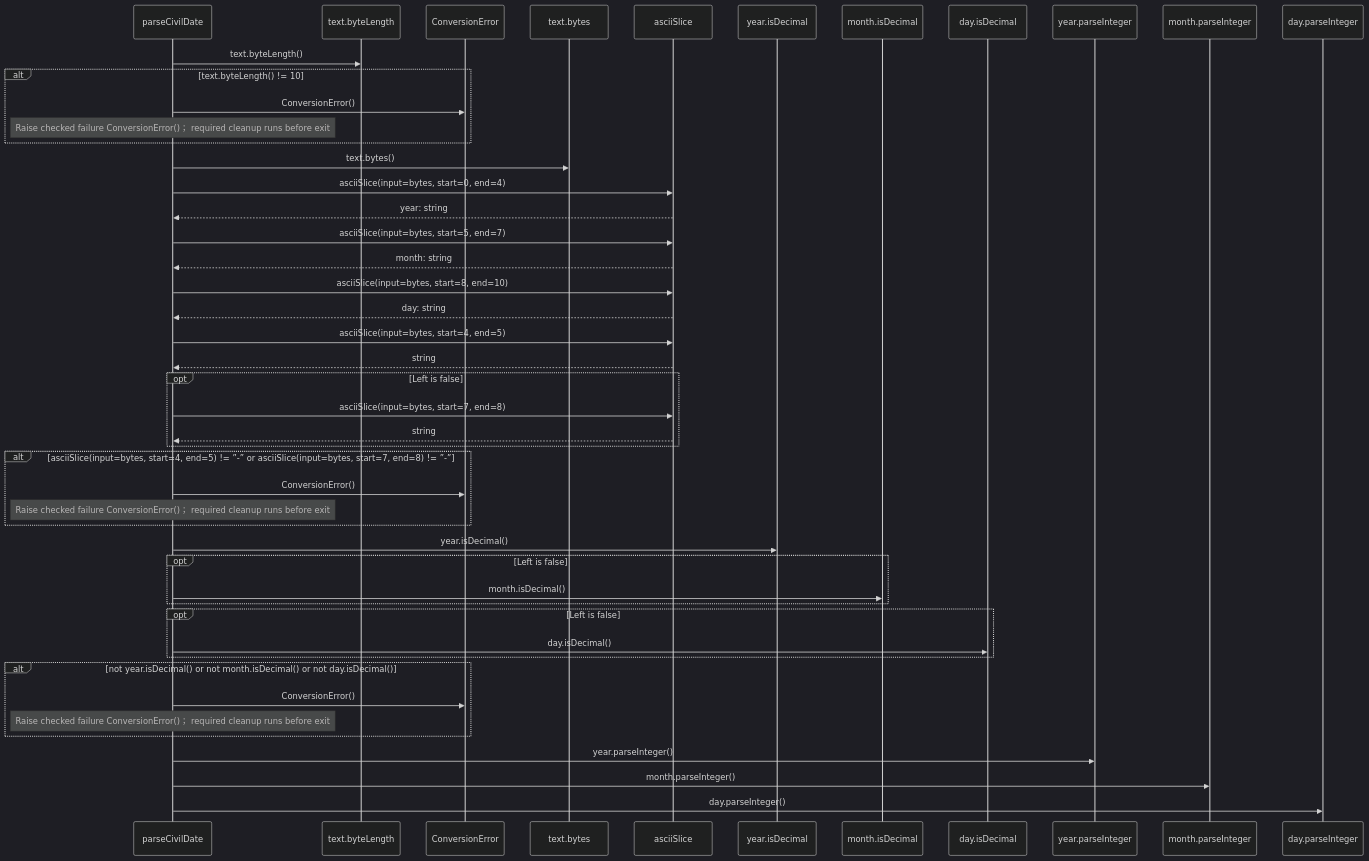
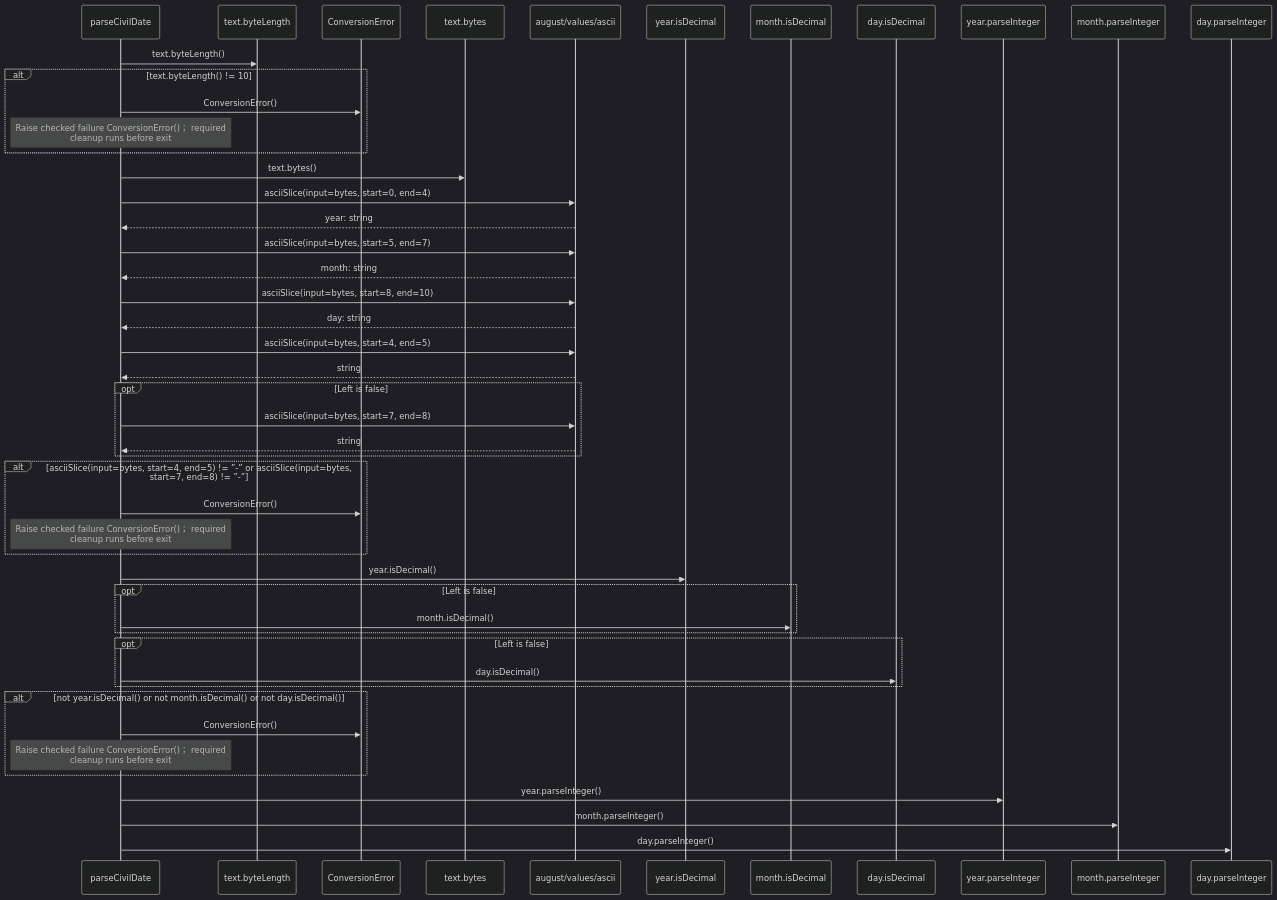
Before and after one commit to GreenPandaStudios/augscript: the fifth of 9 diagrams in src/stdlib/values/dates.aug.diagrams.md, drawn with Mermaid (dark theme). The commit also changed other lines of this file and 200 other files, not shown here.

Commit message:
Group imported operations and wrap readable sequence messages

````diff
--- a/src/stdlib/values/dates.aug.diagrams.md
+++ b/src/stdlib/values/dates.aug.diagrams.md
@@ -111,50 +95,50 @@
 ```mermaid
 sequenceDiagram
     participant p0 as parseCivilDate
     participant p1 as text.byteLength
     participant p2 as ConversionError
     participant p3 as text.bytes
-    participant p4 as asciiSlice
+    participant p4 as august/values/ascii
     participant p5 as year.isDecimal
     participant p6 as month.isDecimal
     participant p7 as day.isDecimal
     participant p8 as year.parseInteger
     participant p9 as month.parseInteger
     participant p10 as day.parseInteger
     p0->>p1: text.byteLength()
     alt text.byteLength() != 10
     p0->>p2: ConversionError()
-    Note over p0: Raise checked failure ConversionError()； required cleanup runs before exit
+    Note over p0: Raise checked failure ConversionError()； required<br/>cleanup runs before exit
     end
     p0->>p3: text.bytes()
     p0->>p4: asciiSlice(input=bytes, start=0, end=4)
     p4-->>p0: year: string
     p0->>p4: asciiSlice(input=bytes, start=5, end=7)
     p4-->>p0: month: string
     p0->>p4: asciiSlice(input=bytes, start=8, end=10)
     p4-->>p0: day: string
     p0->>p4: asciiSlice(input=bytes, start=4, end=5)
     p4-->>p0: string
     opt Left is false
     p0->>p4: asciiSlice(input=bytes, start=7, end=8)
     p4-->>p0: string
     end
     alt asciiSlice(input=bytes, start=4, end=5) != ”-” or asciiSlice(input=bytes, start=7, end=8) != ”-”
     p0->>p2: ConversionError()
-    Note over p0: Raise checked failure ConversionError()； required cleanup runs before exit
+    Note over p0: Raise checked failure ConversionError()； required<br/>cleanup runs before exit
     end
     p0->>p5: year.isDecimal()
     opt Left is false
     p0->>p6: month.isDecimal()
     end
     opt Left is false
     p0->>p7: day.isDecimal()
     end
     alt not year.isDecimal() or not month.isDecimal() or not day.isDecimal()
     p0->>p2: ConversionError()
-    Note over p0: Raise checked failure ConversionError()； required cleanup runs before exit
+    Note over p0: Raise checked failure ConversionError()； required<br/>cleanup runs before exit
     end
     p0->>p8: year.parseInteger()
     p0->>p9: month.parseInteger()
     p0->>p10: day.parseInteger()
 ```
````
